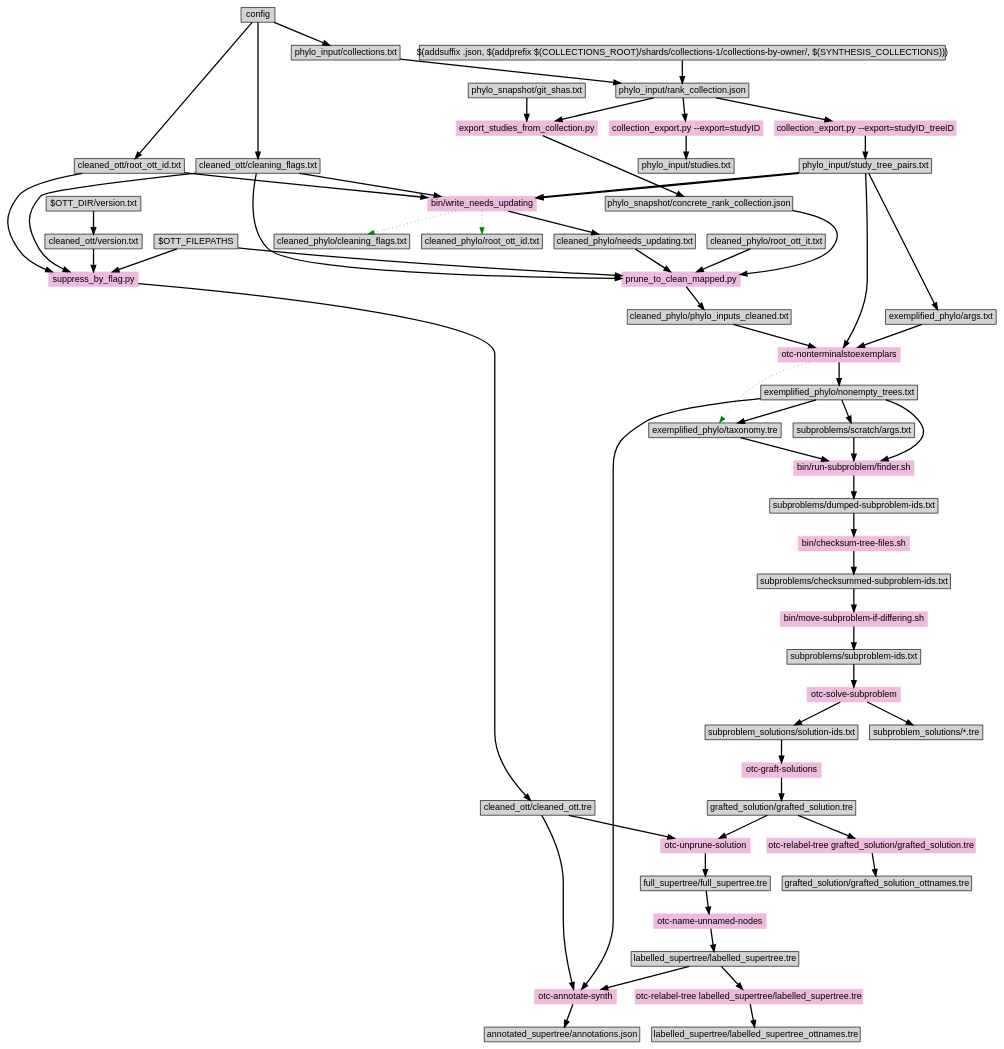
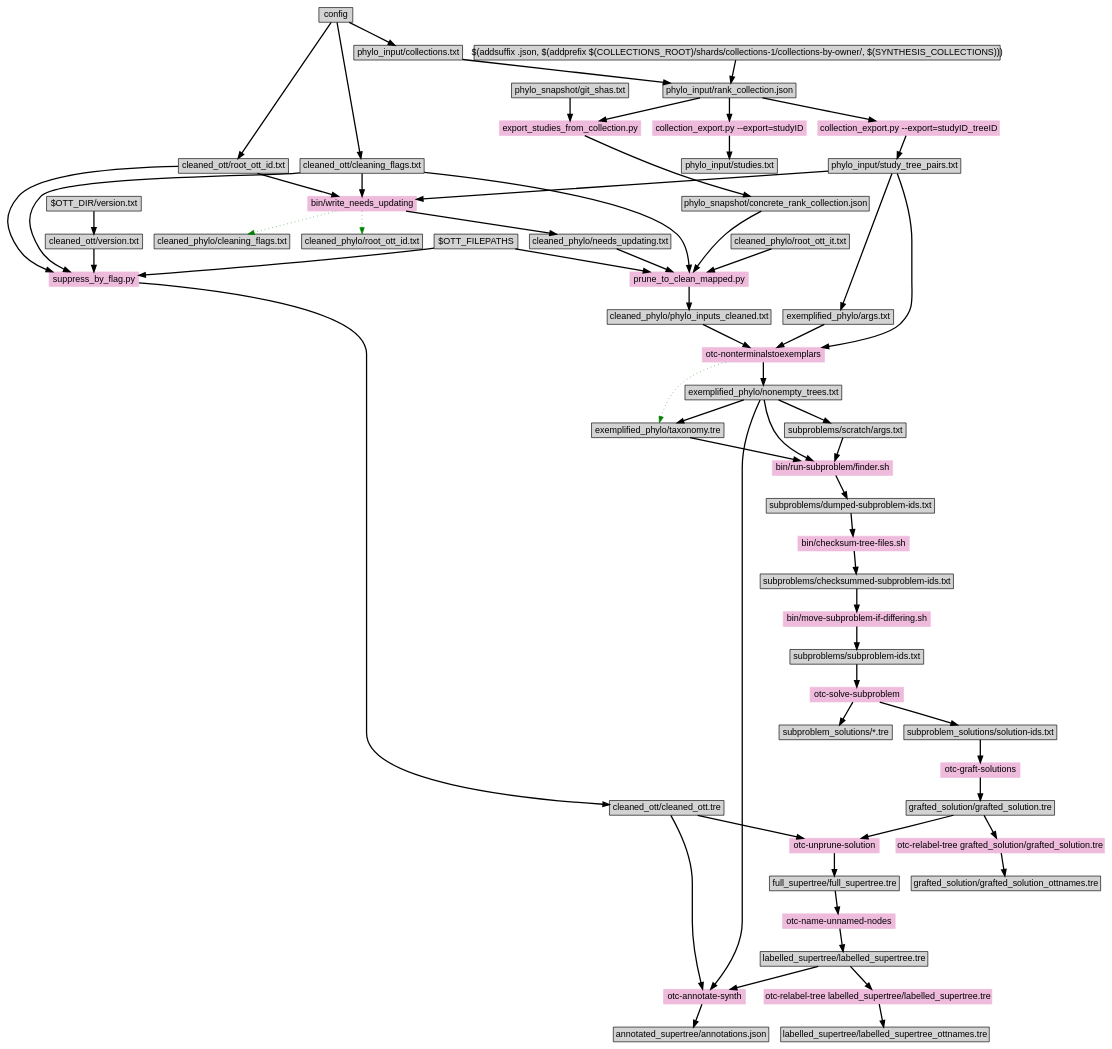
One commit to OpenTreeOfLife/propinquity changed the diagram in doc/makefile-dependencies.dot. Above: the diagram before and after it, drawn with Graphviz. The commit also changed 1 other file, not shown here.

```diff
--- a/doc/makefile-dependencies.dot
+++ b/doc/makefile-dependencies.dot
@@ -1,116 +1,115 @@
 digraph "make" {
 graph [ranksep=0.25, fontname=Arial,  nodesep=0.25, ranksep=0.5];
 node [fontname=Arial, style=filled, height=0, width=0, shape=box];
 edge [style="setlinewidth(2)"];
 
 config -> "cleaned_ott/root_ott_id.txt"
 config -> "cleaned_ott/cleaning_flags.txt"
 "$OTT_DIR/version.txt" -> "cleaned_ott/version.txt"
 
 "phylo_input/study_tree_pairs.txt" -> "exemplified_phylo/args.txt"
 
 "phylo_input/study_tree_pairs.txt" -> "otc-nonterminalstoexemplars"
 "exemplified_phylo/args.txt" -> "otc-nonterminalstoexemplars"
 "cleaned_phylo/phylo_inputs_cleaned.txt" -> "otc-nonterminalstoexemplars"
 "otc-nonterminalstoexemplars" -> "exemplified_phylo/nonempty_trees.txt"
 "otc-nonterminalstoexemplars" -> "exemplified_phylo/taxonomy.tre" [color=green style=dotted]
 "otc-nonterminalstoexemplars"  [style=filled, color="#EEBBDD"]
 
 "exemplified_phylo/nonempty_trees.txt" -> "exemplified_phylo/taxonomy.tre"
 
 "$OTT_FILEPATHS" -> "suppress_by_flag.py"
 "cleaned_ott/version.txt" ->  "suppress_by_flag.py"
 "cleaned_ott/cleaning_flags.txt" ->  "suppress_by_flag.py"
 "cleaned_ott/root_ott_id.txt" ->  "suppress_by_flag.py"
 "suppress_by_flag.py" [style=filled, color="#EEBBDD"]
 "suppress_by_flag.py" -> "cleaned_ott/cleaned_ott.tre"
 
 "$(addsuffix .json, $(addprefix $(COLLECTIONS_ROOT)/shards/collections-1/collections-by-owner/, $(SYNTHESIS_COLLECTIONS)))" -> "phylo_input/rank_collection.json"
 
 "phylo_input/rank_collection.json" -> "collection_export.py --export=studyID"
 "collection_export.py --export=studyID" -> "phylo_input/studies.txt"
 "collection_export.py --export=studyID" [style=filled, color="#EEBBDD"]
 
 "phylo_input/rank_collection.json" -> "collection_export.py --export=studyID_treeID"
 "collection_export.py --export=studyID_treeID" -> "phylo_input/study_tree_pairs.txt"
 "collection_export.py --export=studyID_treeID" [style=filled, color="#EEBBDD"]
 
 "phylo_snapshot/git_shas.txt"
 
 "phylo_snapshot/git_shas.txt" ->  "export_studies_from_collection.py"
 "phylo_input/rank_collection.json" -> "export_studies_from_collection.py"
 "export_studies_from_collection.py" -> "phylo_snapshot/concrete_rank_collection.json"
 "export_studies_from_collection.py"  [style=filled, color="#EEBBDD"]
 
 "cleaned_ott/cleaning_flags.txt" -> "bin/write_needs_updating"
 "cleaned_ott/root_ott_id.txt" -> "bin/write_needs_updating"
-"phylo_input/study_tree_pairs.txt" -> "bin/write_needs_updating"
 "phylo_input/study_tree_pairs.txt" -> "bin/write_needs_updating"
 "bin/write_needs_updating" -> "cleaned_phylo/needs_updating.txt"
 "bin/write_needs_updating" -> "cleaned_phylo/cleaning_flags.txt"  [color=green style=dotted]
 "bin/write_needs_updating" -> "cleaned_phylo/root_ott_id.txt"  [color=green style=dotted]
 "bin/write_needs_updating"   [style=filled, color="#EEBBDD"]
 
 "cleaned_phylo/needs_updating.txt" -> "prune_to_clean_mapped.py"
 "cleaned_ott/cleaning_flags.txt" -> "prune_to_clean_mapped.py"
 "cleaned_phylo/root_ott_it.txt" -> "prune_to_clean_mapped.py"
 "$OTT_FILEPATHS" -> "prune_to_clean_mapped.py"
 "phylo_snapshot/concrete_rank_collection.json" -> "prune_to_clean_mapped.py"
 "prune_to_clean_mapped.py"  [style=filled, color="#EEBBDD"]
 "prune_to_clean_mapped.py" -> "cleaned_phylo/phylo_inputs_cleaned.txt"
 
 
 config -> "phylo_input/collections.txt"
 "phylo_input/collections.txt" -> "phylo_input/rank_collection.json"
 # here is where we need to depend on whether the collections have changed!
 
 "exemplified_phylo/nonempty_trees.txt" -> "subproblems/scratch/args.txt"
 
 "exemplified_phylo/taxonomy.tre" -> "bin/run-subproblem/finder.sh"
 "subproblems/scratch/args.txt" -> "bin/run-subproblem/finder.sh"
 "exemplified_phylo/nonempty_trees.txt" -> "bin/run-subproblem/finder.sh"
 "bin/run-subproblem/finder.sh" [style=filled, color="#EEBBDD"]
 "bin/run-subproblem/finder.sh" -> "subproblems/dumped-subproblem-ids.txt"
 
 "subproblems/dumped-subproblem-ids.txt" -> "bin/checksum-tree-files.sh" 
 "bin/checksum-tree-files.sh" [style=filled, color="#EEBBDD"]
 "bin/checksum-tree-files.sh" -> "subproblems/checksummed-subproblem-ids.txt"
 
 
 "subproblems/checksummed-subproblem-ids.txt" -> "bin/move-subproblem-if-differing.sh" 
 "bin/move-subproblem-if-differing.sh" [style=filled, color="#EEBBDD"]
 "bin/move-subproblem-if-differing.sh" -> "subproblems/subproblem-ids.txt"
 
 "subproblems/subproblem-ids.txt" -> "otc-solve-subproblem"
 "otc-solve-subproblem" [style=filled, color="#EEBBDD"]
 "otc-solve-subproblem" -> "subproblem_solutions/*.tre"
 "otc-solve-subproblem" -> "subproblem_solutions/solution-ids.txt"
 "subproblem_solutions/solution-ids.txt"
 
 "subproblem_solutions/solution-ids.txt" -> "otc-graft-solutions"
 "otc-graft-solutions" [style=filled, color="#EEBBDD"]
 "otc-graft-solutions" -> "grafted_solution/grafted_solution.tre"
 
 "grafted_solution/grafted_solution.tre" -> "otc-relabel-tree grafted_solution/grafted_solution.tre"
 "otc-relabel-tree grafted_solution/grafted_solution.tre" [style=filled, color="#EEBBDD"]
 "otc-relabel-tree grafted_solution/grafted_solution.tre" -> "grafted_solution/grafted_solution_ottnames.tre"
 
 "cleaned_ott/cleaned_ott.tre" -> "otc-unprune-solution"
 "grafted_solution/grafted_solution.tre" -> "otc-unprune-solution"
 "otc-unprune-solution" [style=filled, color="#EEBBDD"]
 "otc-unprune-solution" -> "full_supertree/full_supertree.tre"
 
 "full_supertree/full_supertree.tre" -> "otc-name-unnamed-nodes"
 "otc-name-unnamed-nodes" [style=filled, color="#EEBBDD"]
 "otc-name-unnamed-nodes" -> "labelled_supertree/labelled_supertree.tre"
 
 "labelled_supertree/labelled_supertree.tre" -> "otc-relabel-tree labelled_supertree/labelled_supertree.tre"
 "otc-relabel-tree labelled_supertree/labelled_supertree.tre" [style=filled, color="#EEBBDD"]
 "otc-relabel-tree labelled_supertree/labelled_supertree.tre" -> "labelled_supertree/labelled_supertree_ottnames.tre"
 
 "cleaned_ott/cleaned_ott.tre" -> "otc-annotate-synth"
 "labelled_supertree/labelled_supertree.tre" -> "otc-annotate-synth"
 "exemplified_phylo/nonempty_trees.txt" -> "otc-annotate-synth"
 "otc-annotate-synth" [style=filled, color="#EEBBDD"]
 "otc-annotate-synth" -> "annotated_supertree/annotations.json"
 }
```
